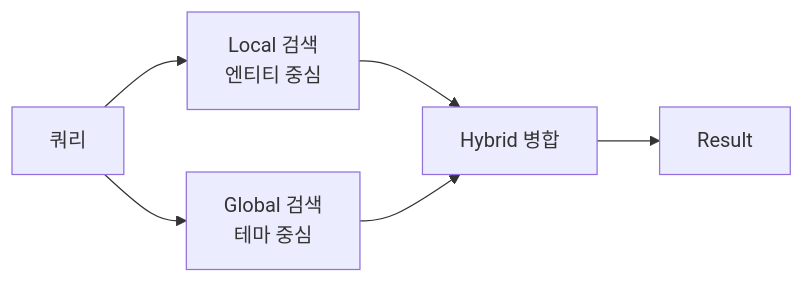
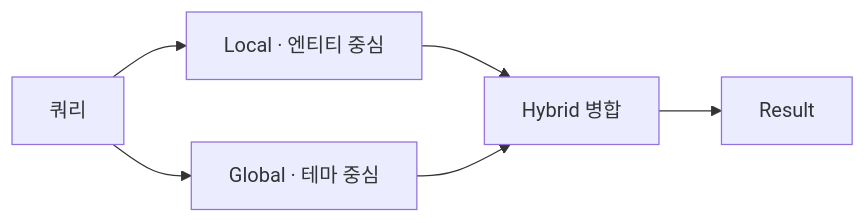
One commit to ASNGG/cafe24-demo changed the sixth of 14 diagrams in portfolio/PORTFOLIO.md. Above: the diagram before and after it, drawn with Mermaid. The commit also changed other lines of this file, not shown here.

First line of the commit message:
docs: PORTFOLIO.md 스타일 개선 및 Mermaid 다이어그램 최적화

````diff
--- a/portfolio/PORTFOLIO.md
+++ b/portfolio/PORTFOLIO.md
@@ -316,6 +375,6 @@
 ```mermaid
 flowchart LR
-    Q["쿼리"] --> LOCAL["Local 검색<br/>엔티티 중심"]
-    Q --> GLOBAL["Global 검색<br/>테마 중심"]
+    Q["쿼리"] --> LOCAL["Local · 엔티티 중심"]
+    Q --> GLOBAL["Global · 테마 중심"]
     LOCAL & GLOBAL --> HYBRID["Hybrid 병합"] --> Result
 ```
````
